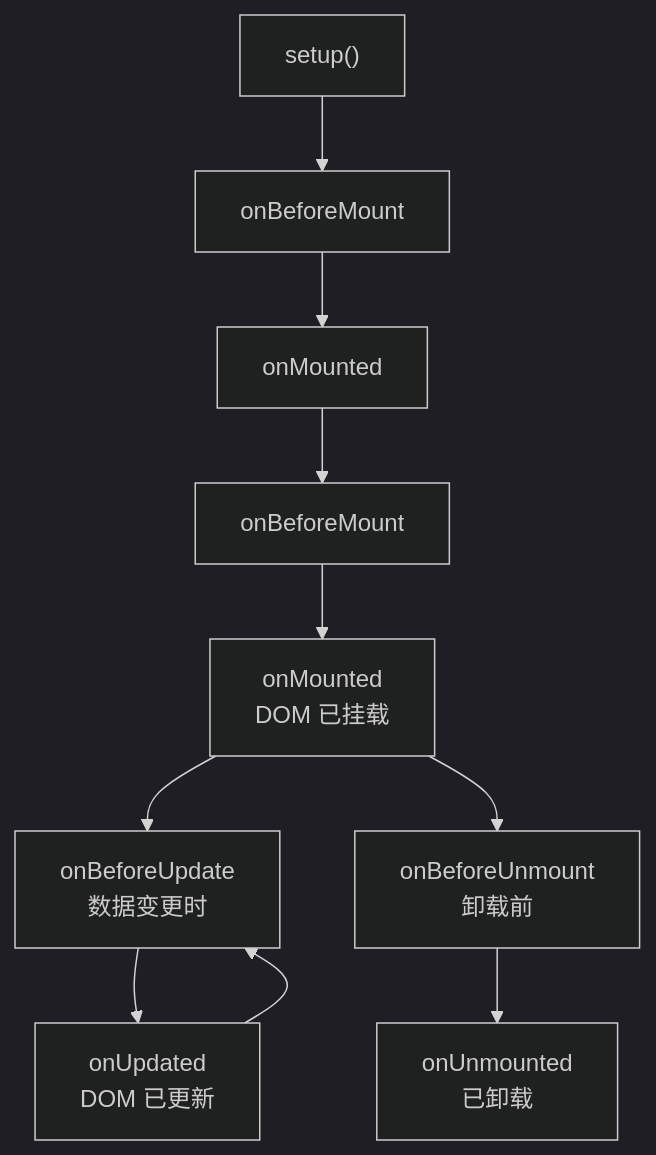
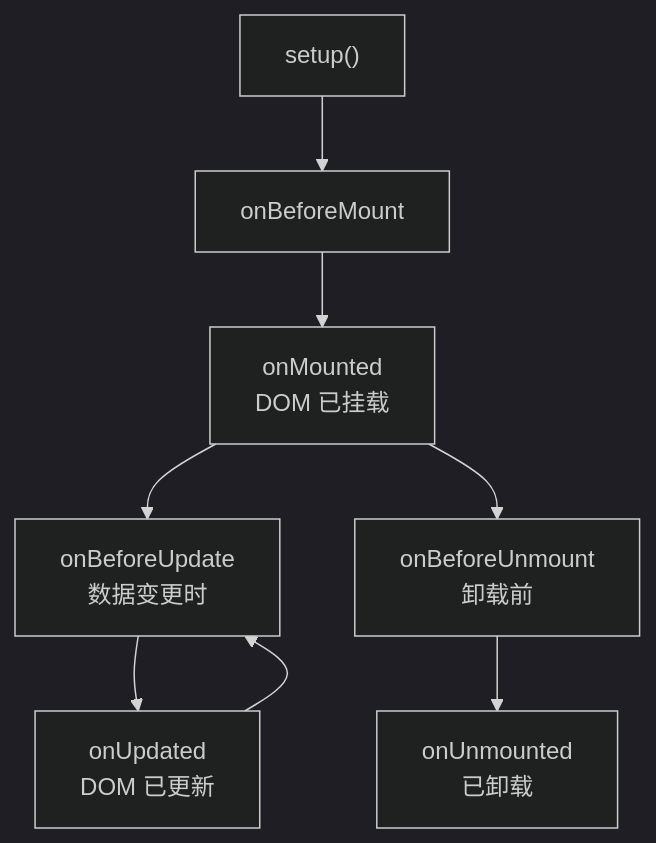
Before and after one commit to KMaybe01/common: the sixth of 12 diagrams in S2-框架深入/01-Vue3学习指南.md, drawn with Mermaid (dark theme). The commit also changed other lines of this file and 51 other files, not shown here.

````diff
--- a/S2-框架深入/01-Vue3学习指南.md
+++ b/S2-框架深入/01-Vue3学习指南.md
@@ -876,12 +880,10 @@
 ```mermaid
 graph TD
-    start["setup()"] --> beforeCreate["onBeforeMount"]
-    beforeCreate --> created["onMounted"]
-    created --> beforeMount["onBeforeMount"]
+    start["setup()"] --> beforeMount["onBeforeMount"]
     beforeMount --> mounted["onMounted<br/>DOM 已挂载"]
     mounted --> beforeUpdate["onBeforeUpdate<br/>数据变更时"]
     beforeUpdate --> updated["onUpdated<br/>DOM 已更新"]
     updated --> beforeUpdate
     mounted --> beforeUnmount["onBeforeUnmount<br/>卸载前"]
     beforeUnmount --> unmounted["onUnmounted<br/>已卸载"]
 ```
````
